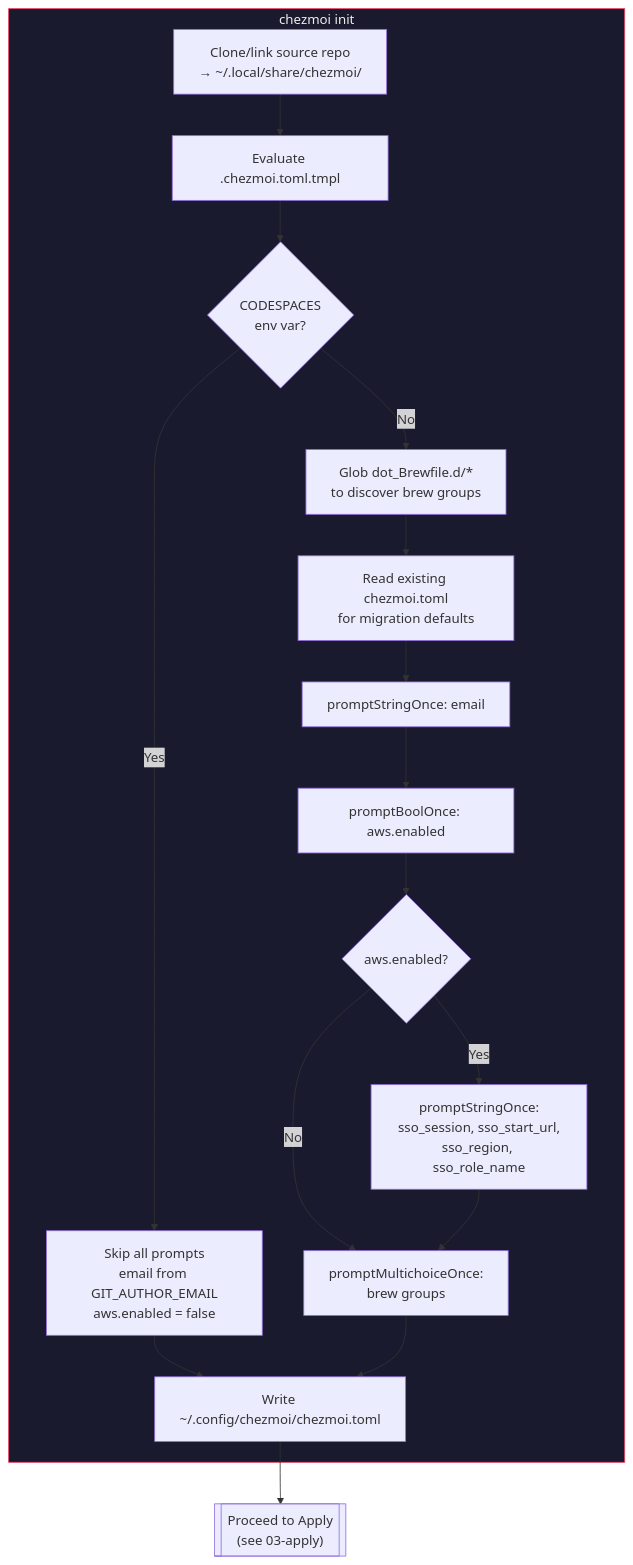
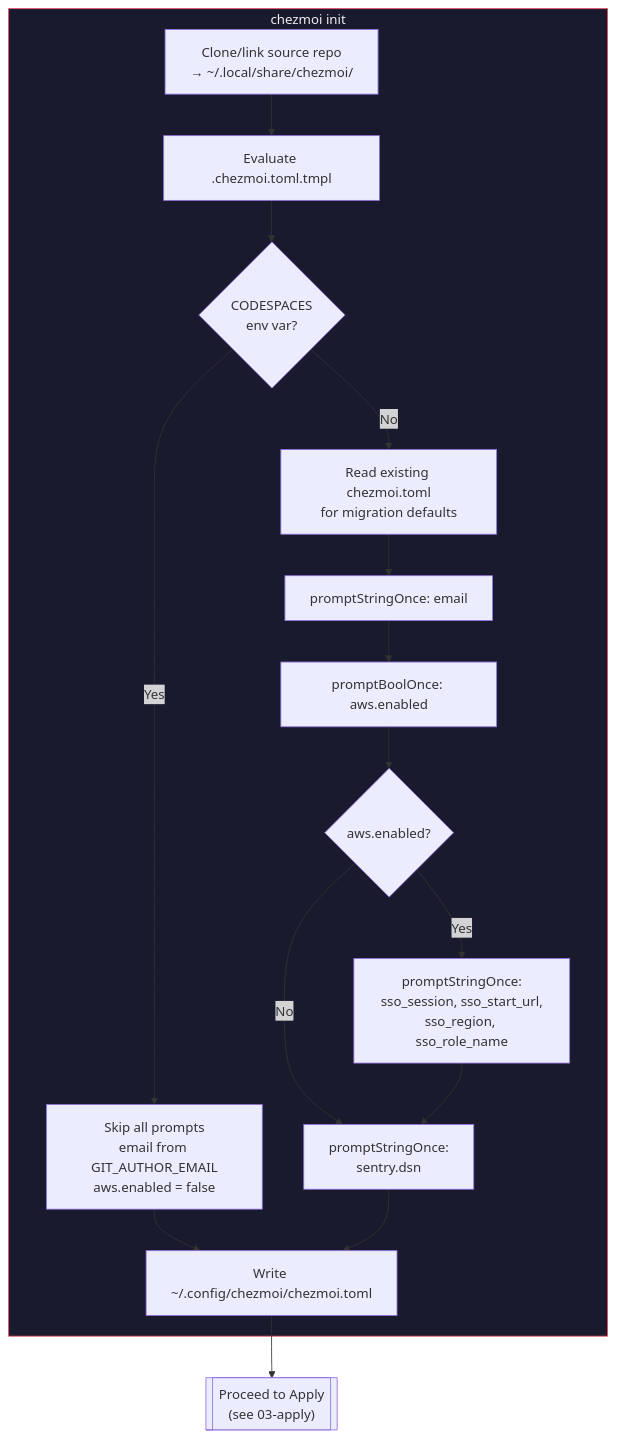
Before and after one commit to gillisandrew/dotfiles: the diagram in docs/diagrams/02-init.md, drawn with Mermaid. The commit also changed 29 other files, not shown here.

````diff
--- a/docs/diagrams/02-init.md
+++ b/docs/diagrams/02-init.md
@@ -6,27 +6,25 @@
 ```mermaid
 flowchart TD
     subgraph init ["chezmoi init"]
         A["Clone/link source repo<br/>→ ~/.local/share/chezmoi/"] --> B["Evaluate .chezmoi.toml.tmpl"]
 
         B --> C{"CODESPACES<br/>env var?"}
 
         C -- Yes --> D["Skip all prompts<br/>email from GIT_AUTHOR_EMAIL<br/>aws.enabled = false"]
-        C -- No --> E["Glob dot_Brewfile.d/*<br/>to discover brew groups"]
-
-        E --> F["Read existing chezmoi.toml<br/>for migration defaults"]
+        C -- No --> F["Read existing chezmoi.toml<br/>for migration defaults"]
         F --> G["promptStringOnce: email"]
         G --> H["promptBoolOnce: aws.enabled"]
 
         H --> I{"aws.enabled?"}
         I -- Yes --> J["promptStringOnce:<br/>sso_session, sso_start_url,<br/>sso_region, sso_role_name"]
-        I -- No --> K["promptMultichoiceOnce:<br/>brew groups"]
+        I -- No --> K["promptStringOnce:<br/>sentry.dsn"]
         J --> K
 
         D --> L
         K --> L["Write ~/.config/chezmoi/chezmoi.toml"]
     end
 
     L --> M[["Proceed to Apply<br/>(see 03-apply)"]]
 
     style init fill:#1a1a2e,stroke:#e94560,color:#eee
 ```
````
